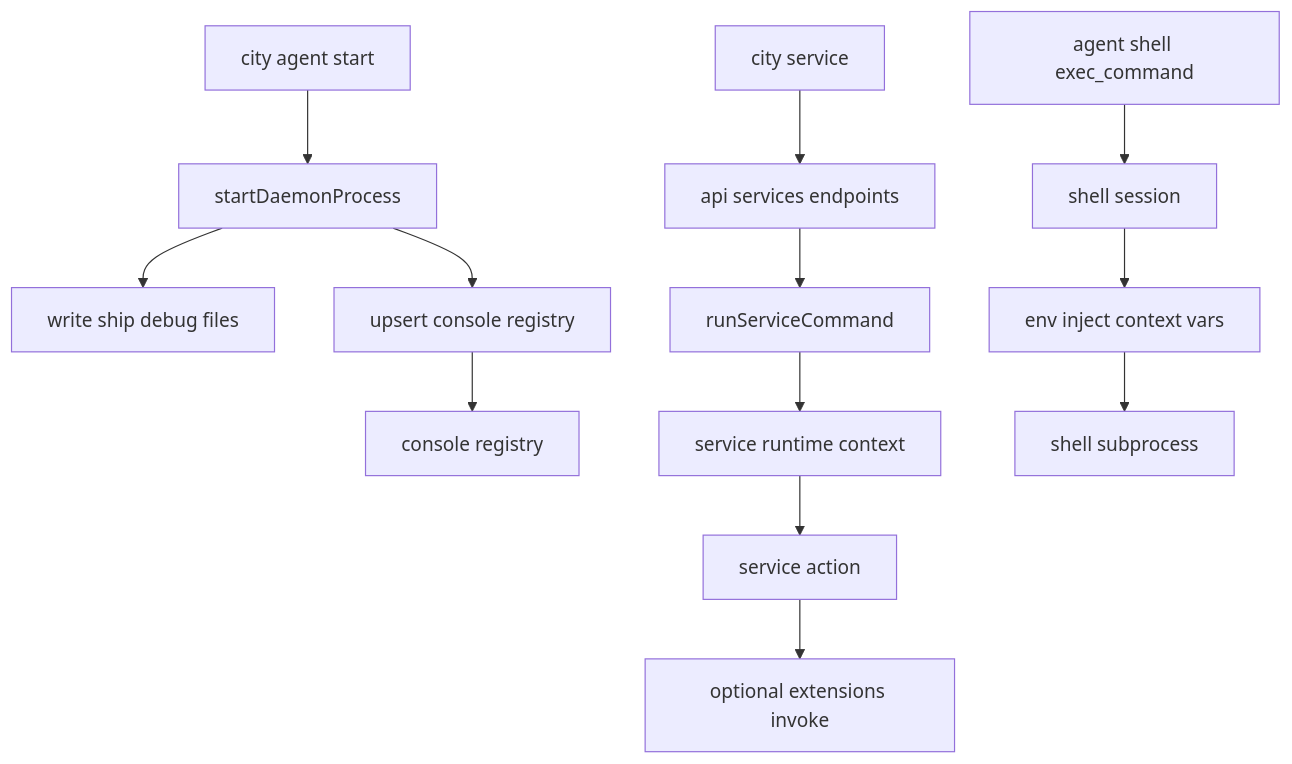
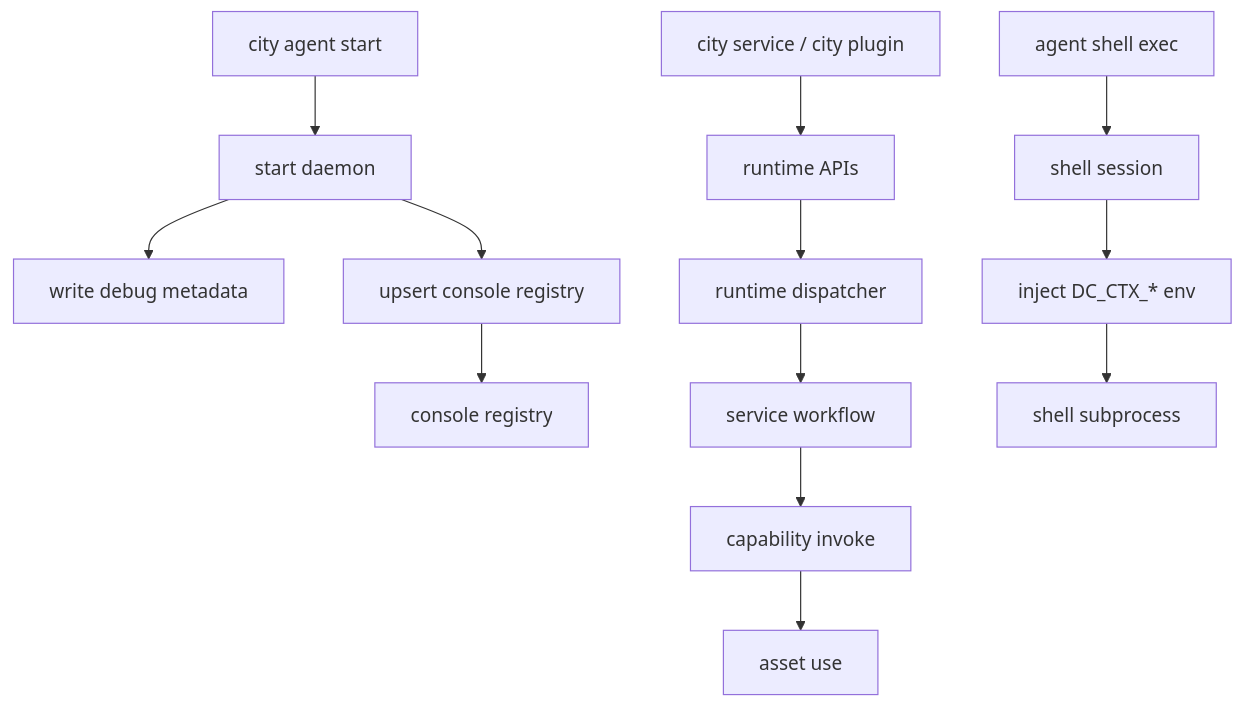
The diagram in homepage/content/docs/en/concepts/runtime-registration-service-shell-flow.mdx (wangenius/downcity), drawn with Mermaid before and after one commit. The commit also changed other lines of this file and 189 other files, not shown here.

````diff
--- a/homepage/content/docs/en/concepts/runtime-registration-service-shell-flow.mdx
+++ b/homepage/content/docs/en/concepts/runtime-registration-service-shell-flow.mdx
@@ -117,17 +28,17 @@
 ```mermaid
 flowchart TD
-  A[city agent start] --> B[startDaemonProcess]
-  B --> C[write ship debug files]
-  B --> D[upsert console registry]
-  D --> E[console registry]
+  A["city agent start"] --> B["start daemon"]
+  B --> C["write debug metadata"]
+  B --> D["upsert console registry"]
+  D --> E["console registry"]
 
-  F[city service] --> G[api services endpoints]
-  G --> H[runServiceCommand]
-  H --> I[service runtime context]
-  I --> J[service action]
-  J --> K[optional extensions invoke]
+  F["city service / city plugin"] --> G["runtime APIs"]
+  G --> H["runtime dispatcher"]
+  H --> I["service workflow"]
+  I --> J["capability invoke"]
+  J --> K["asset use"]
 
-  L[agent shell exec_command] --> M[shell session]
-  M --> N[env inject context vars]
-  N --> O[shell subprocess]
+  L["agent shell exec"] --> M["shell session"]
+  M --> N["inject DC_CTX_* env"]
+  N --> O["shell subprocess"]
 ```
````
